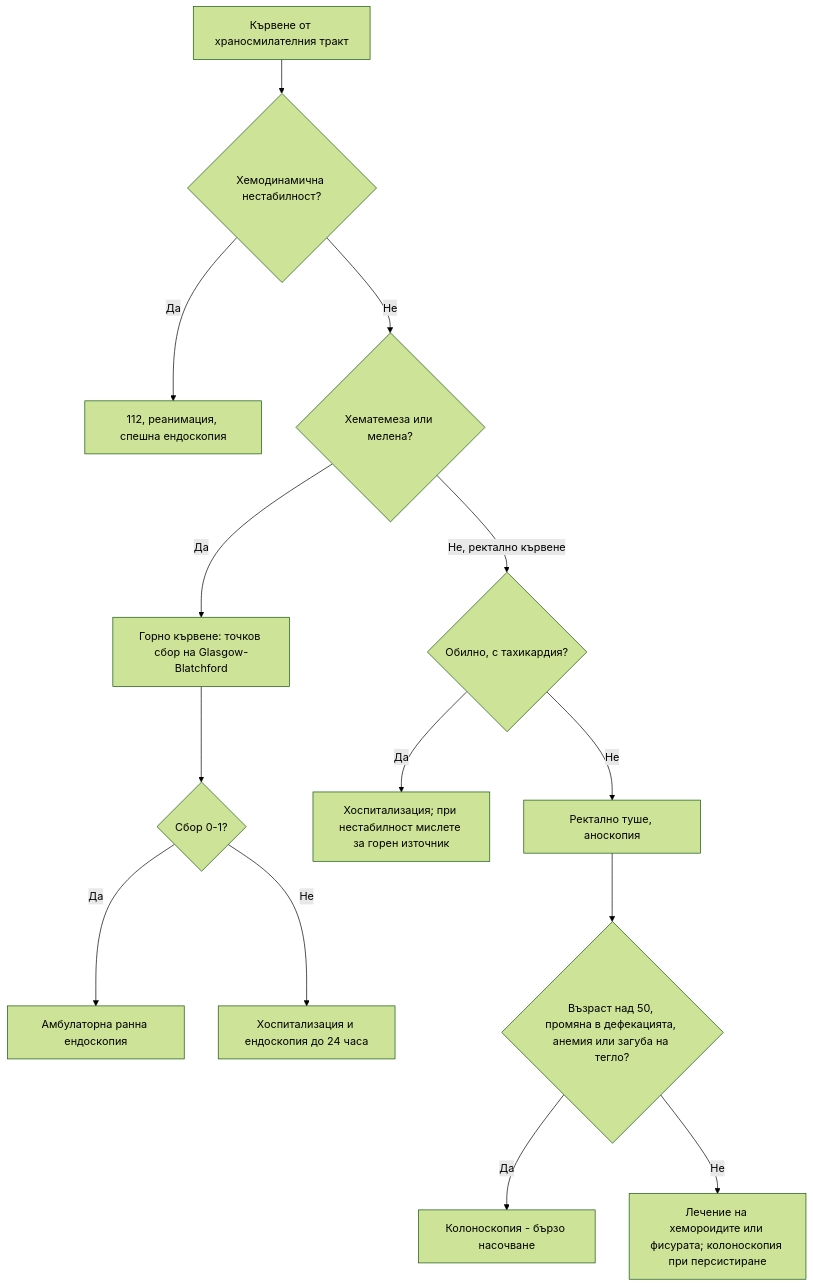
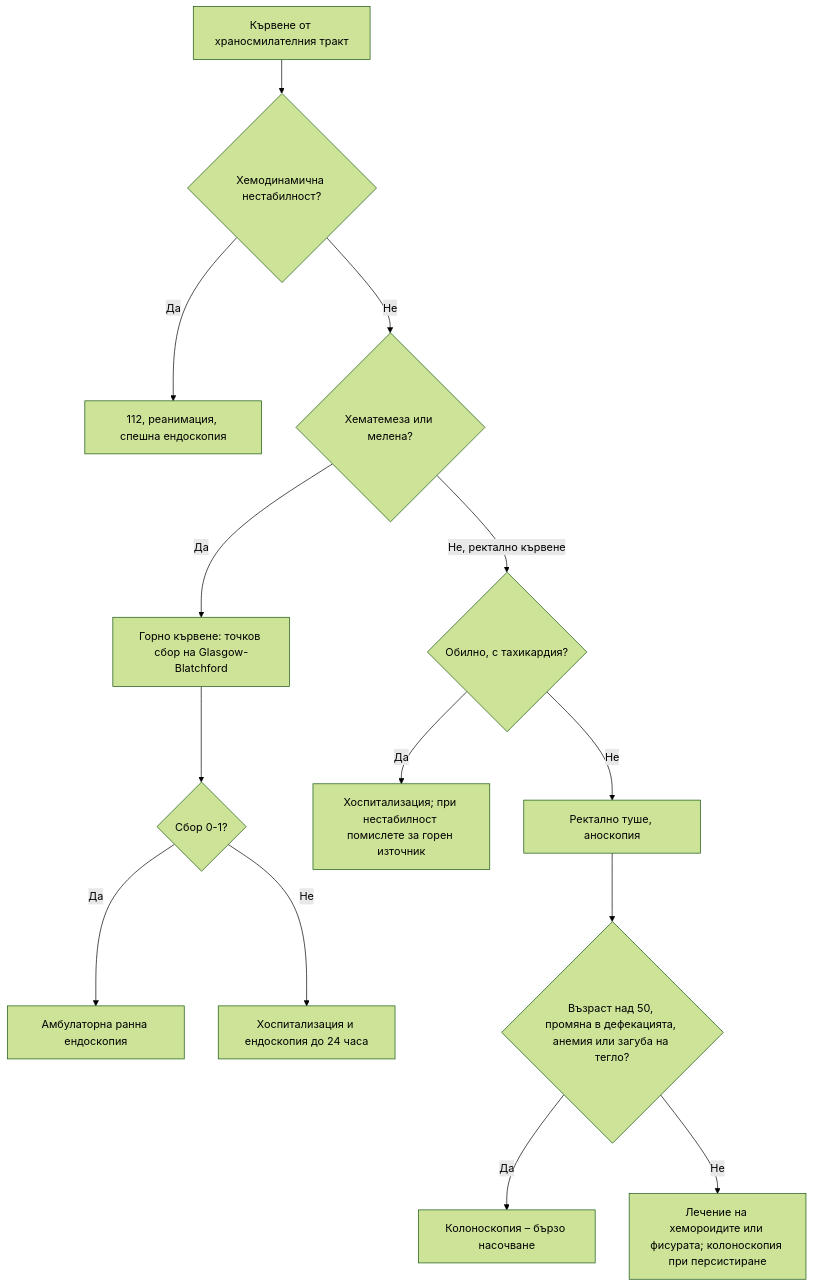
One commit to yancho26/yancho changed the diagram in glavi/25-gi-kraveene.md. Above: the diagram before and after it, drawn with Mermaid (forest theme). The commit also changed other lines of this file and 90 other files, not shown here.

````diff
--- a/glavi/25-gi-kraveene.md
+++ b/glavi/25-gi-kraveene.md
@@ -201,18 +201,18 @@
 ```mermaid
 flowchart TD
     accTitle: Диагностичен алгоритъм: кървене от храносмилателния тракт
     accDescr: Блок-схема. Начало: Кървене от храносмилателния тракт. Въпроси: Хемодинамична нестабилност? · Хематемеза или мелена? · Обилно, с тахикардия? · Сбор 0-1? · Възраст над 50, промяна в дефекацията, анемия или загуба на тегло? Пълното текстово описание е под схемата.
     A["Кървене от храносмилателния тракт"] --> B{"Хемодинамична нестабилност?"}
     B -->|Да| C["112, реанимация, спешна ендоскопия"]
     B -->|Не| D{"Хематемеза или мелена?"}
     D -->|Да| E["Горно кървене: точков сбор на Glasgow-Blatchford"]
     E --> F{"Сбор 0-1?"}
     F -->|Да| G["Амбулаторна ранна ендоскопия"]
     F -->|Не| H["Хоспитализация и ендоскопия до 24 часа"]
     D -->|Не, ректално кървене| I{"Обилно, с тахикардия?"}
-    I -->|Да| J["Хоспитализация; при нестабилност мислете за горен източник"]
+    I -->|Да| J["Хоспитализация; при нестабилност помислете за горен източник"]
     I -->|Не| K["Ректално туше, аноскопия"]
     K --> L{"Възраст над 50, промяна в дефекацията, анемия или загуба на тегло?"}
-    L -->|Да| M["Колоноскопия - бързо насочване"]
+    L -->|Да| M["Колоноскопия – бързо насочване"]
     L -->|Не| N["Лечение на хемороидите или фисурата; колоноскопия при персистиране"]
 ```
````
